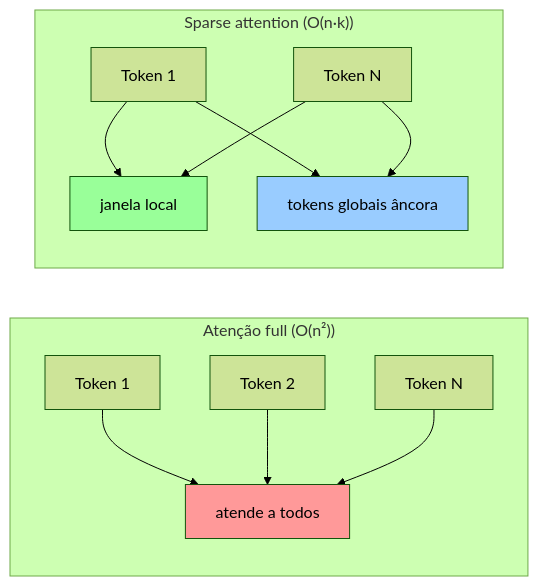
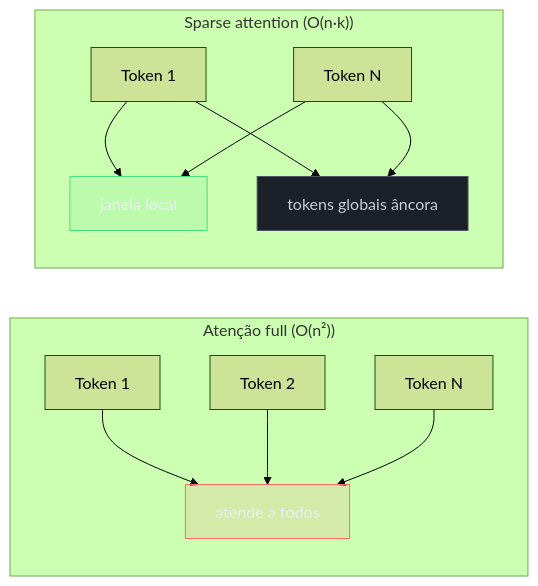
One commit to josenaldo/codex-technomanticus changed the fourth of 5 diagrams in 03-Dominios/Tecnologia/IA/Anatomia dos LLMs/04c - Atenção eficiente — FlashAttention, sparse e híbrida.md. Above: the diagram before and after it, drawn with Mermaid (forest theme). The commit also changed other lines of this file and 1181 other files, not shown here.

First line of the commit message:
fix(diagramas): paleta do sistema no lugar de cor cravada no markdown

````diff
--- a/03-Dominios/Tecnologia/IA/Anatomia dos LLMs/04c - Atenção eficiente — FlashAttention, sparse e híbrida.md
+++ b/03-Dominios/Tecnologia/IA/Anatomia dos LLMs/04c - Atenção eficiente — FlashAttention, sparse e híbrida.md
@@ -133,17 +139,20 @@
 ```mermaid
 graph LR
+    classDef falha fill:#FF6B6B24,stroke:#FF6B6B,color:#E9ECF2
+    classDef ok fill:#4ADE8021,stroke:#4ADE80,color:#E9ECF2
+    classDef neutro fill:#1B2029,stroke:#4E5666,color:#C6CCD8
     subgraph "Atenção full (O(n²))"
         A1[Token 1] --> B1[atende a todos]
         A2[Token 2] --> B1
         A3[Token N] --> B1
     end
     subgraph "Sparse attention (O(n·k))"
         C1[Token 1] --> D1[janela local]
         C1 --> D2[tokens globais âncora]
         C2[Token N] --> D1
         C2 --> D2
     end
-    style B1 fill:#ff9999
-    style D1 fill:#99ff99
-    style D2 fill:#99ccff
+    class B1 falha
+    class D1 ok
+    class D2 neutro
 ```
````
